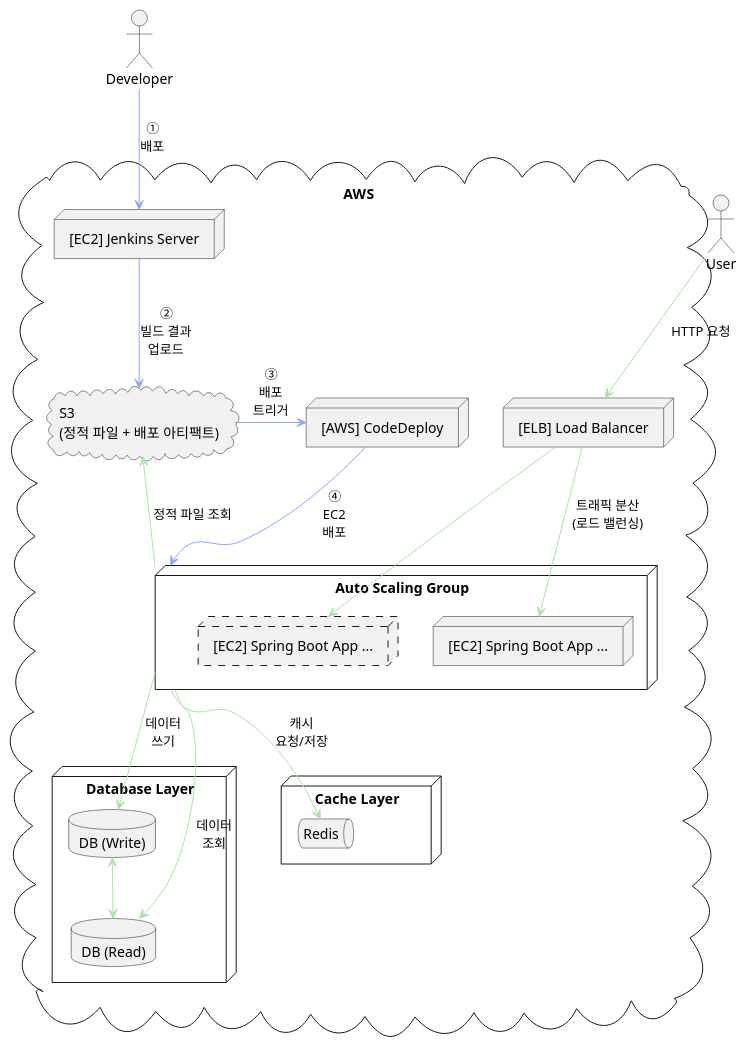
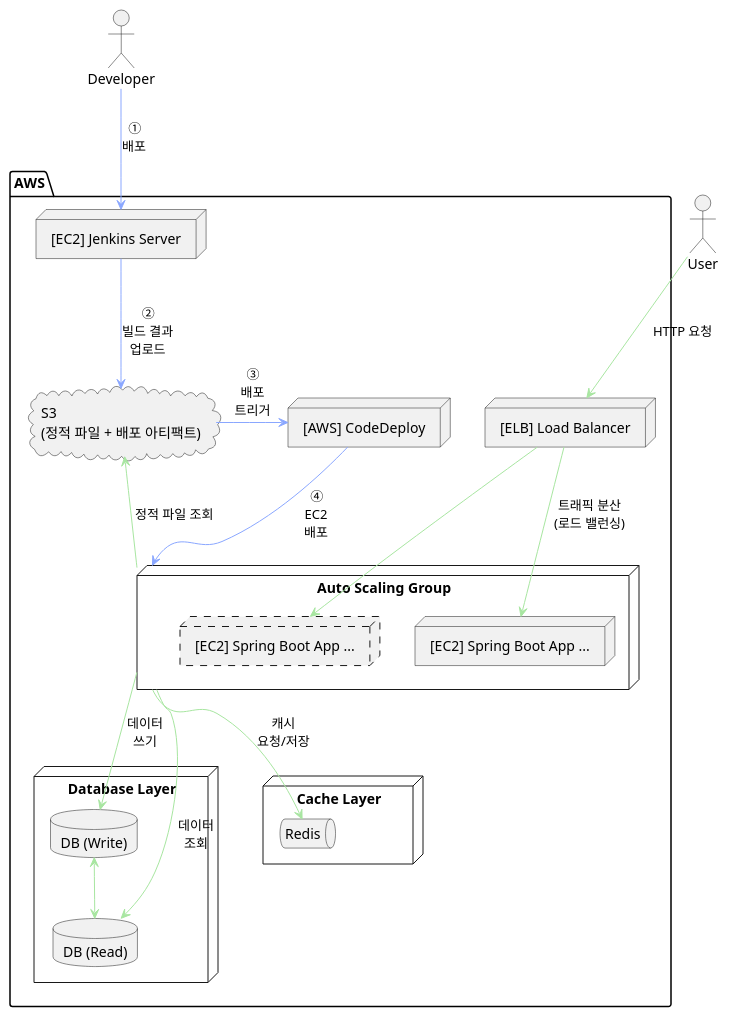
The diagram in docs/infra/infra.puml (honge7694/hdd-server-java), drawn with PlantUML before and after one commit. The commit also changed 1 other file, not shown here.

Commit message:
Infra Architecture 4차 수정 - 인프라 가시성 변경

```diff
--- a/docs/infra/infra.puml
+++ b/docs/infra/infra.puml
@@ -1,52 +1,52 @@
 @startuml
 skinparam componentStyle rectangle
 
 actor User
 actor Developer
 
-cloud "AWS" {
+package "AWS" {
 
     node "[ELB] Load Balancer" as ELB
 
     node "Auto Scaling Group" as AppLayer {
         node "[EC2] Spring Boot App ..." as ec2Dashed #line.dashed
         node "[EC2] Spring Boot App ..." as ec2
     }
 
     node "Database Layer" {
         database "DB (Write)" as DBWrite
         database "DB (Read)" as DBRead
     }
 
     node "Cache Layer" {
         queue "Redis" as Redis
     }
 
     cloud "S3\n(정적 파일 + 배포 아티팩트)" as S3
 
     node "[EC2] Jenkins Server" as Jenkins
     node "[AWS] CodeDeploy" as CodeDeploy
 }
 
 ' 요청 흐름 (Request Flow) 선 색상 설정
 skinparam arrowColor #A8E6A1
 
 User --> ELB : HTTP 요청
 ELB --> ec2Dashed
 ELB --> ec2  : 트래픽 분산\n(로드 밸런싱)
 
 AppLayer --> Redis : 캐시\n요청/저장
 AppLayer --> DBWrite : 데이터\n쓰기
 AppLayer --> DBRead : 데이터\n조회
 DBWrite <--> DBRead
 AppLayer -L-> S3 : 정적 파일 조회
 
 ' 배포 흐름 (Deployment Flow) 선 색상 설정
 skinparam arrowColor #8AA7FF
 
 Developer --> Jenkins : ①\n배포
 Jenkins --> S3 : ②\n빌드 결과\n업로드
 S3 -L-> CodeDeploy: ③\n배포\n트리거
 CodeDeploy --> AppLayer : ④\nEC2\n배포
 
 @enduml
```
